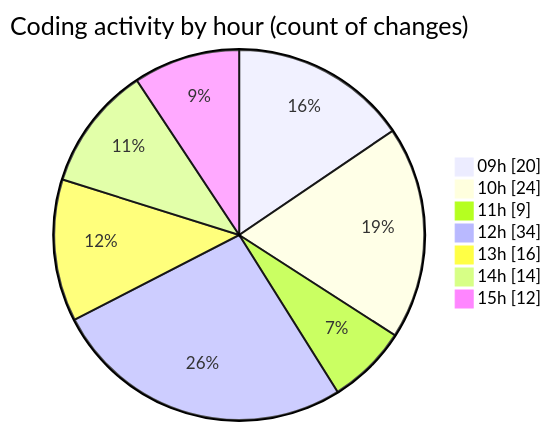
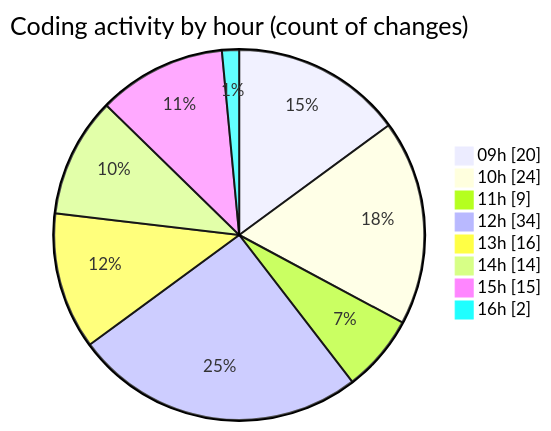
Before and after one commit to momahboobian/code-tracking: the second of 2 diagrams in 2025-05-19/cda/README.md, drawn with Mermaid. The commit also changed other lines of this file and 1 other file, not shown here.

````diff
--- a/2025-05-19/cda/README.md
+++ b/2025-05-19/cda/README.md
@@ -51,11 +52,12 @@
 ```mermaid
 pie showData
 title Coding activity by hour (count of changes)
 "09h" : 20
 "10h" : 24
 "11h" : 9
 "12h" : 34
 "13h" : 16
 "14h" : 14
-"15h" : 12
+"15h" : 15
+"16h" : 2
 ```
````
